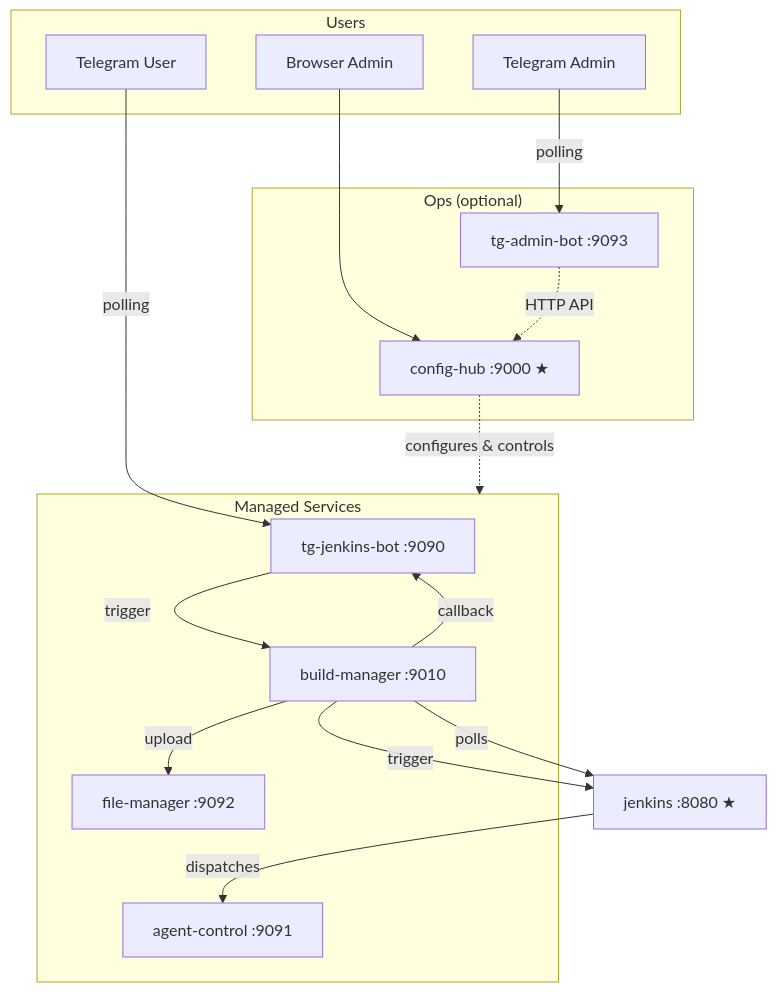
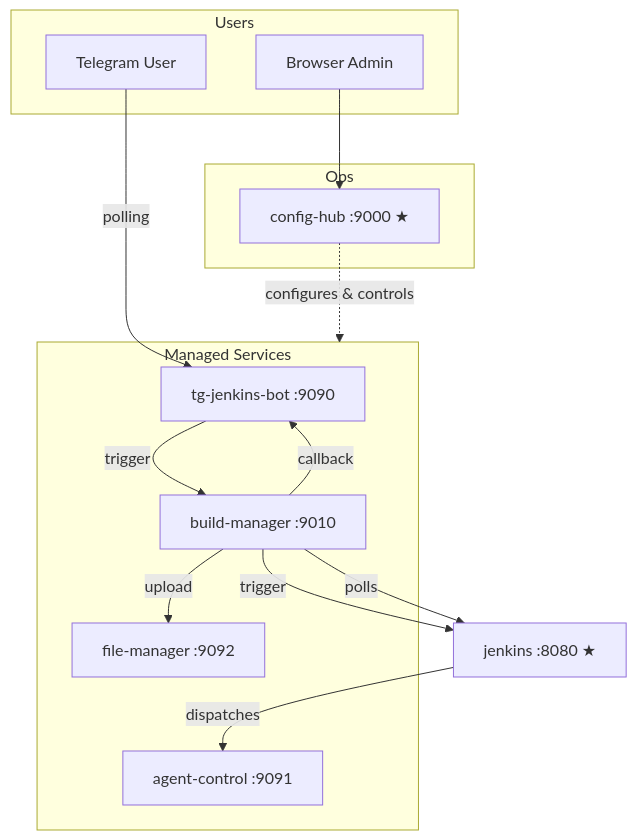
One commit to VinhNgT/jenkins-flutter-bot changed the diagram in README.md. Above: the diagram before and after it, drawn with Mermaid. The commit also changed other lines of this file and 27 other files, not shown here.

Commit message:
chore: decommission tg-admin-bot

````diff
--- a/README.md
+++ b/README.md
@@ -13,35 +13,31 @@
 ```mermaid
 graph TD
     subgraph users["Users"]
         TU["Telegram User"]
         BA["Browser Admin"]
-        TA["Telegram Admin"]
     end
 
-    subgraph ops["Ops  (optional)"]
+    subgraph ops["Ops"]
         CH["config-hub :9000 ★"]
-        TAB["tg-admin-bot :9093"]
     end
 
     subgraph managed["Managed Services"]
         BOT["tg-jenkins-bot :9090"]
         BM["build-manager :9010"]
         FM["file-manager :9092"]
         AGT["agent-control :9091"]
     end
 
     JNK["jenkins :8080 ★"]
 
     TU -- polling --> BOT
     BA --> CH
-    TA -- polling --> TAB
-    TAB -. "HTTP API" .-> CH
     CH -. "configures & controls" .-> managed
 
     BOT -- trigger --> BM
     BM -- trigger --> JNK
     JNK -- dispatches --> AGT
     BM -- polls --> JNK
     BM -- upload --> FM
     BM -- callback --> BOT
 ```
````
